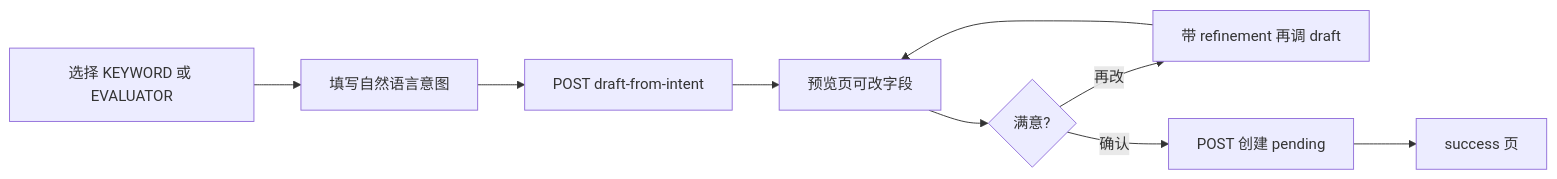
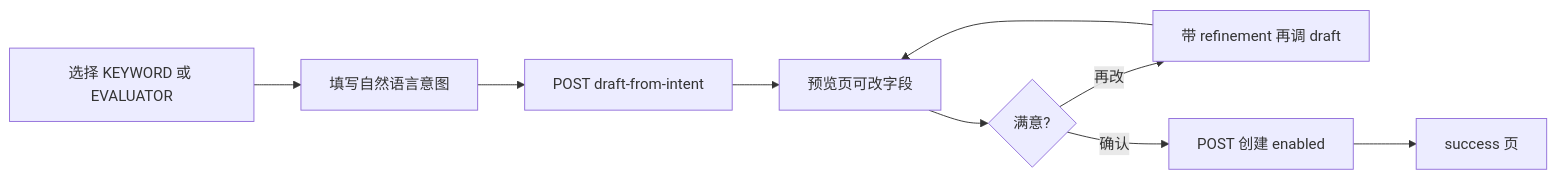
The diagram in docs/家长端-风险观察-小程序改造说明.md (DinoYu95/xiaozhi-esp32-server), drawn with Mermaid before and after one commit. The commit also changed other lines of this file and 2 other files, not shown here.

````diff
--- a/docs/家长端-风险观察-小程序改造说明.md
+++ b/docs/家长端-风险观察-小程序改造说明.md
@@ -98,11 +98,11 @@
 ```mermaid
 flowchart LR
   A[选择 KEYWORD 或 EVALUATOR] --> B[填写自然语言意图]
   B --> C[POST draft-from-intent]
   C --> D[预览页可改字段]
   D --> E{满意?}
   E -->|再改| F[带 refinement 再调 draft]
   F --> D
-  E -->|确认| G[POST 创建 pending]
+  E -->|确认| G[POST 创建 enabled]
   G --> H[success 页]
 ```
````
